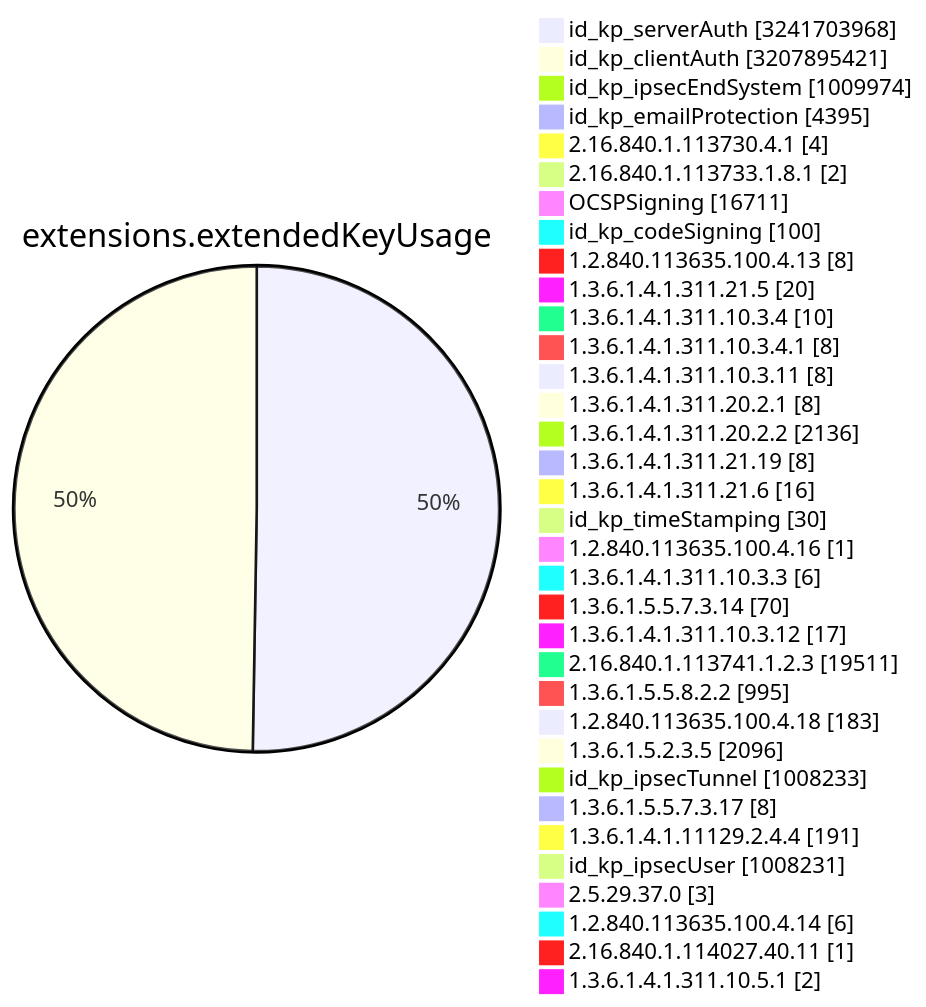
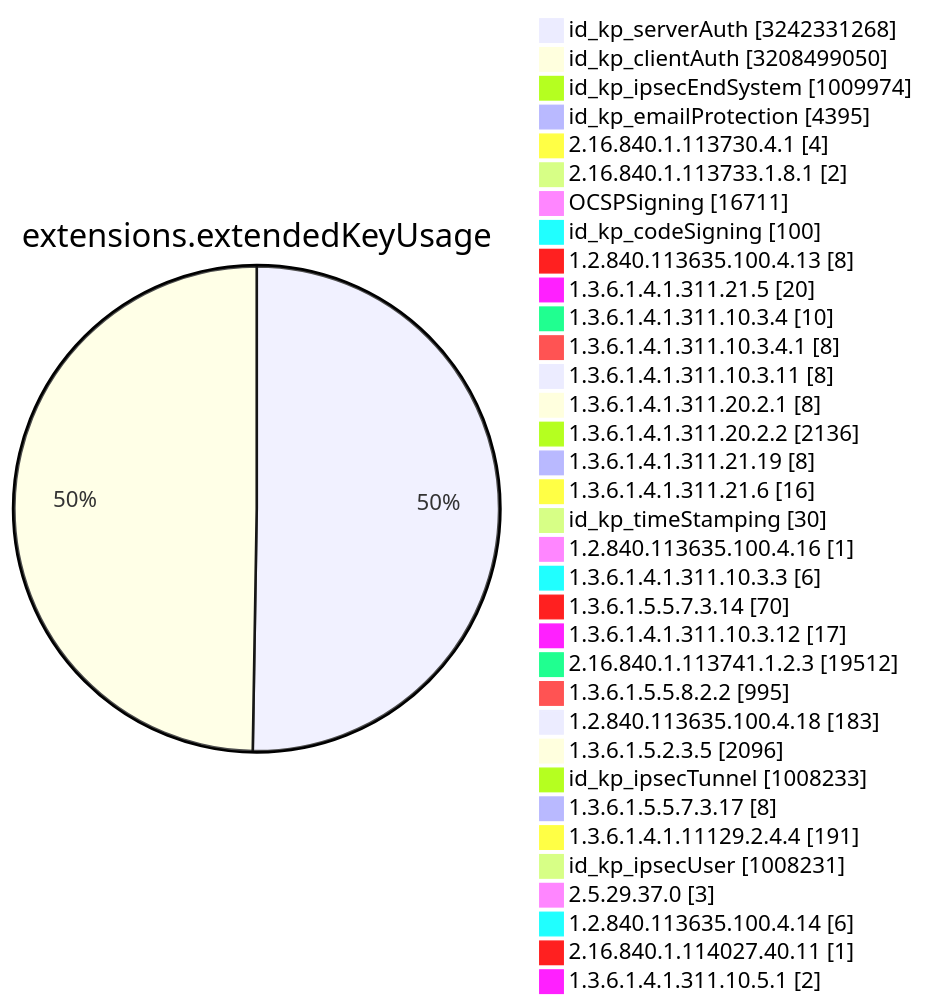
One commit to christiankrug/ctmonitor_visualization changed diagram 11 of 15 in TOTAL/README.md. Above: the diagram before and after it, drawn with Mermaid. The commit also changed other lines of this file, not shown here.

````diff
--- a/TOTAL/README.md
+++ b/TOTAL/README.md
@@ -4119,38 +4119,38 @@
 ```mermaid
 pie showData
 title extensions.extendedKeyUsage
-"id_kp_serverAuth" :3241703968
-"id_kp_clientAuth" :3207895421
+"id_kp_serverAuth" :3242331268
+"id_kp_clientAuth" :3208499050
 "id_kp_ipsecEndSystem" :1009974
 "id_kp_emailProtection" :4395
 "2.16.840.1.113730.4.1" :4
 "2.16.840.1.113733.1.8.1" :2
 "OCSPSigning" :16711
 "id_kp_codeSigning" :100
 "1.2.840.113635.100.4.13" :8
 "1.3.6.1.4.1.311.21.5" :20
 "1.3.6.1.4.1.311.10.3.4" :10
 "1.3.6.1.4.1.311.10.3.4.1" :8
 "1.3.6.1.4.1.311.10.3.11" :8
 "1.3.6.1.4.1.311.20.2.1" :8
 "1.3.6.1.4.1.311.20.2.2" :2136
 "1.3.6.1.4.1.311.21.19" :8
 "1.3.6.1.4.1.311.21.6" :16
 "id_kp_timeStamping" :30
 "1.2.840.113635.100.4.16" :1
 "1.3.6.1.4.1.311.10.3.3" :6
 "1.3.6.1.5.5.7.3.14" :70
 "1.3.6.1.4.1.311.10.3.12" :17
-"2.16.840.1.113741.1.2.3" :19511
+"2.16.840.1.113741.1.2.3" :19512
 "1.3.6.1.5.5.8.2.2" :995
 "1.2.840.113635.100.4.18" :183
 "1.3.6.1.5.2.3.5" :2096
 "id_kp_ipsecTunnel" :1008233
 "1.3.6.1.5.5.7.3.17" :8
 "1.3.6.1.4.1.11129.2.4.4" :191
 "id_kp_ipsecUser" :1008231
 "2.5.29.37.0" :3
 "1.2.840.113635.100.4.14" :6
 "2.16.840.1.114027.40.11" :1
 "1.3.6.1.4.1.311.10.5.1" :2
 ```
````
